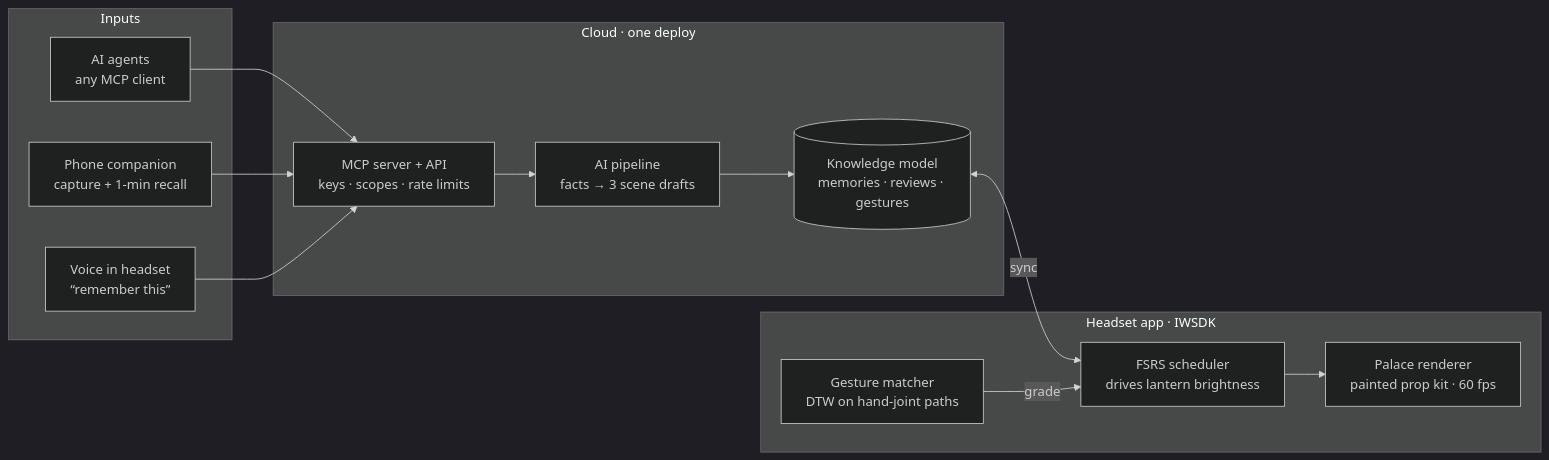
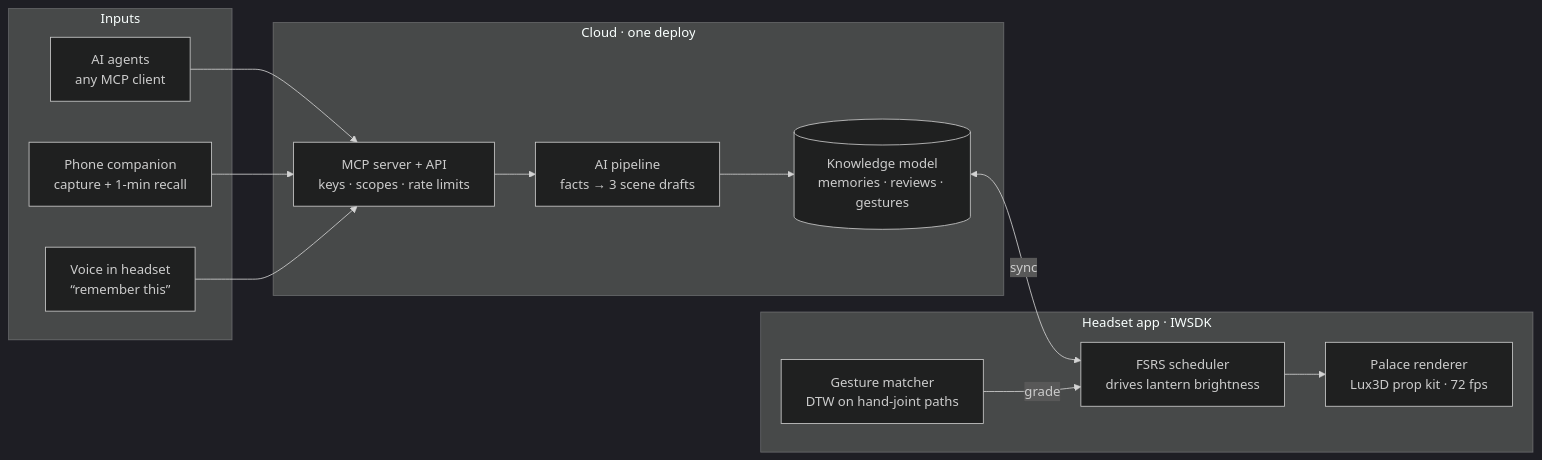
The second of 2 diagrams in README.md (Aaditya1273/engram), drawn with Mermaid (dark theme) before and after one commit. The commit also changed other lines of this file and 50 other files, not shown here.

````diff
--- a/README.md
+++ b/README.md
@@ -211,28 +221,28 @@
 ```mermaid
 flowchart LR
     subgraph Inputs
         AG[AI agents<br/>any MCP client]
         PH[Phone companion<br/>capture + 1-min recall]
         VO[Voice in headset<br/>“remember this”]
     end
 
     subgraph Cloud["Cloud · one deploy"]
         MCP[MCP server + API<br/>keys · scopes · rate limits]
         PIPE[AI pipeline<br/>facts → 3 scene drafts]
         KM[(Knowledge model<br/>memories · reviews · gestures)]
     end
 
     subgraph Headset["Headset app · IWSDK"]
-        REN[Palace renderer<br/>painted prop kit · 60 fps]
+        REN[Palace renderer<br/>Lux3D prop kit · 72 fps]
         GM[Gesture matcher<br/>DTW on hand-joint paths]
         FS[FSRS scheduler<br/>drives lantern brightness]
     end
 
     AG --> MCP
     PH --> MCP
     VO --> MCP
     MCP --> PIPE --> KM
     KM <-->|sync| FS
     GM -->|grade| FS
     FS --> REN
 ```
````
